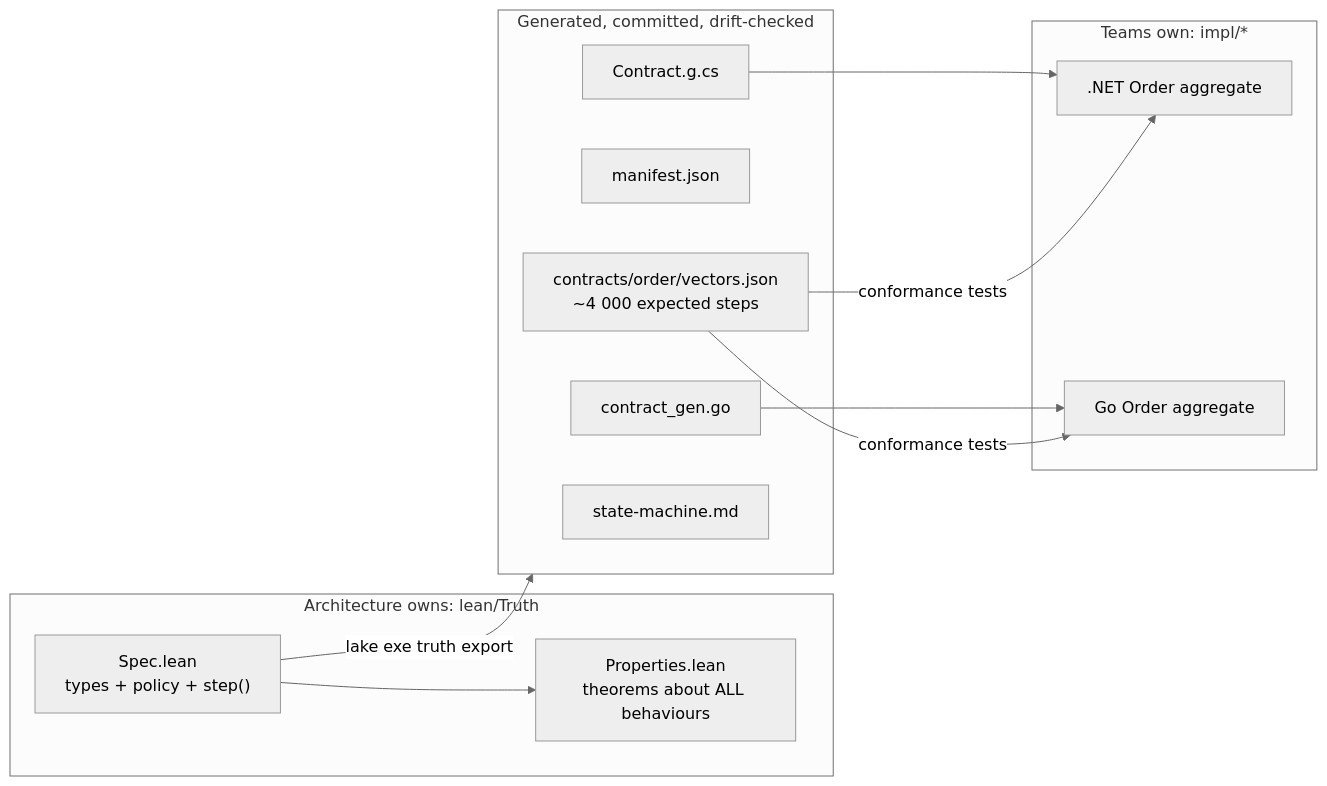
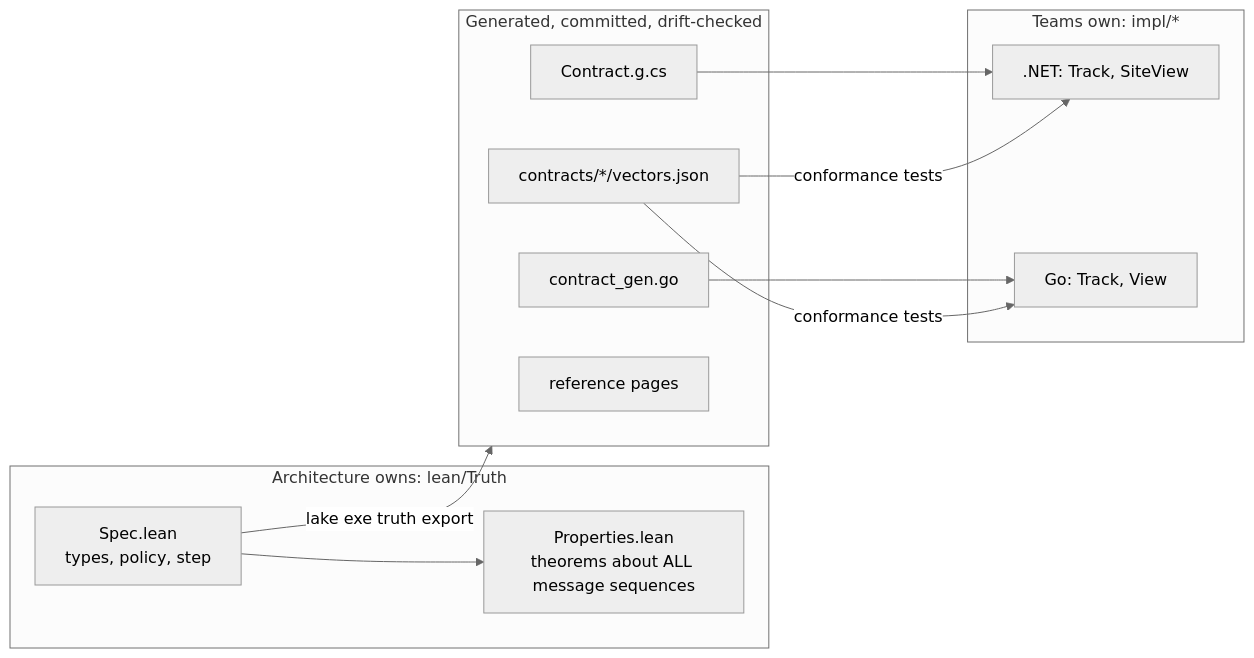
One commit to miroslav-matejovsky/lean-demo changed the diagram in docs/index.md. Above: the diagram before and after it, drawn with Mermaid (neutral theme). The commit also changed other lines of this file and 103 other files, not shown here.

````diff
--- a/docs/index.md
+++ b/docs/index.md
@@ -14,24 +44,23 @@
 ```mermaid
 flowchart LR
     subgraph ARCH["Architecture owns: lean/Truth"]
-        SPEC["Spec.lean<br/>types + policy + step()"]
-        PROOF["Properties.lean<br/>theorems about ALL behaviours"]
+        SPEC["Spec.lean<br/>types, policy, step"]
+        PROOF["Properties.lean<br/>theorems about ALL message sequences"]
         SPEC --> PROOF
     end
     SPEC -- "lake exe truth export" --> GEN
     subgraph GEN["Generated, committed, drift-checked"]
-        V["contracts/order/vectors.json<br/>~4 000 expected steps"]
-        M["manifest.json"]
+        V["contracts/*/vectors.json"]
         CS["Contract.g.cs"]
         GO["contract_gen.go"]
-        DOC["state-machine.md"]
+        DOC["reference pages"]
     end
     subgraph TEAMS["Teams own: impl/*"]
-        NET[".NET Order aggregate"]
-        GOI["Go Order aggregate"]
+        NET[".NET: Track, SiteView"]
+        GOI["Go: Track, View"]
     end
     CS --> NET
     GO --> GOI
     V -- "conformance tests" --> NET
     V -- "conformance tests" --> GOI
 ```
````
